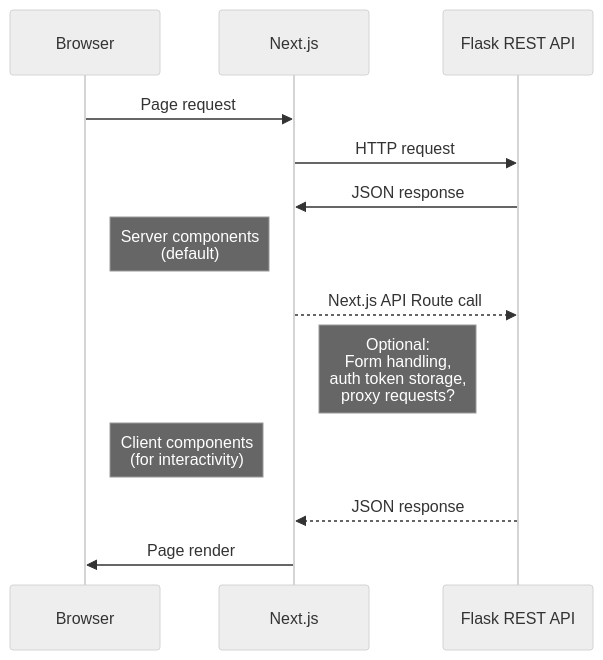
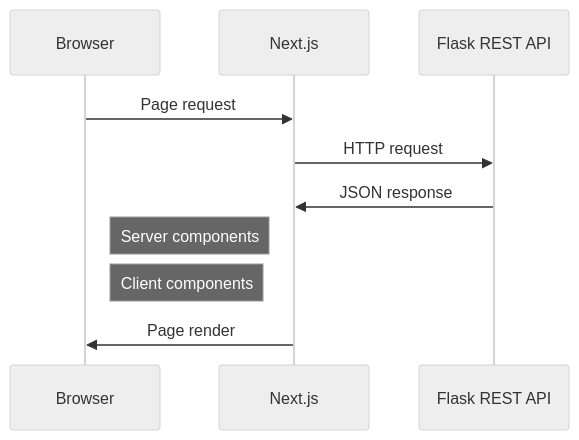
The first of 2 diagrams in README.md (ohjelmistoprojekti-ii-reddit-app/reddit-app-frontend), drawn with Mermaid (neutral theme) before and after one commit. The commit also changed other lines of this file and 5 other files, not shown here.

````diff
--- a/README.md
+++ b/README.md
@@ -203,12 +212,11 @@
 ```mermaid
 sequenceDiagram
     Browser ->> Next.js: Page request
     Next.js->> Flask REST API: HTTP request
     Flask REST API ->> Next.js: JSON response
-    Note right of Browser: Server components<br/>(default)
-    Next.js -->>Flask REST API: Next.js API Route call
-    Note right of Next.js: Optional:<br/>Form handling, <br/>auth token storage, <br/> proxy requests?
-    Note right of Browser: Client components<br/>(for interactivity)
-    Flask REST API -->> Next.js: JSON response
+    Note right of Browser: Server components
+    
+    Note right of Browser: Client components
+    
     Next.js ->> Browser: Page render
 ```
````
